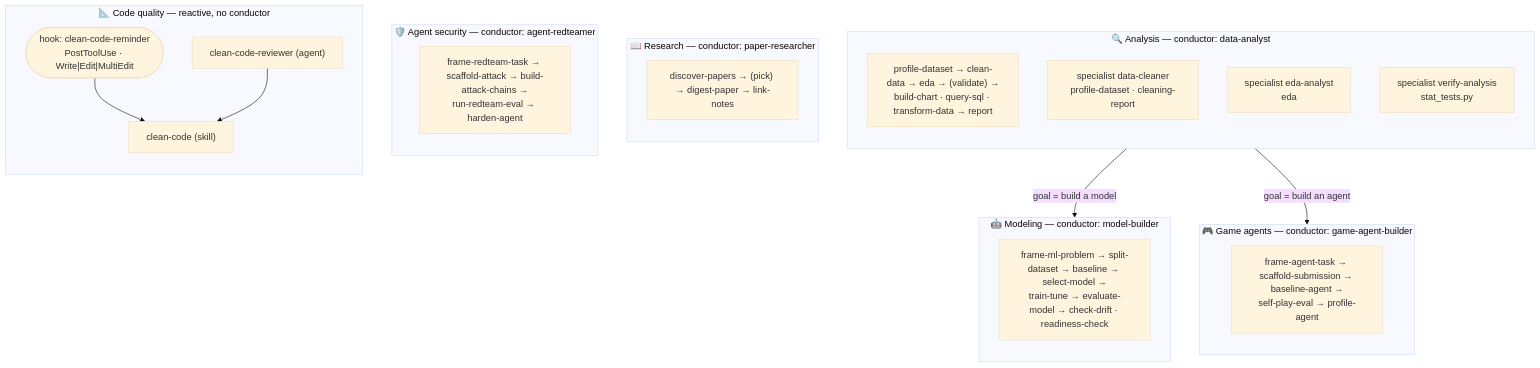
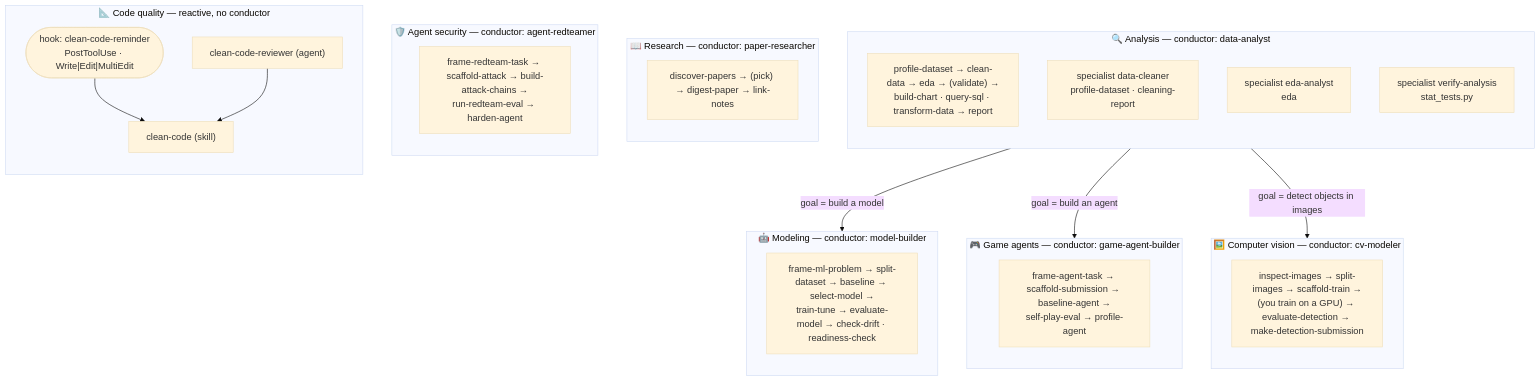
The diagram in README.md (Alice-creator/claude-all-in-one-plugin), drawn with Mermaid (base theme) before and after one commit. The commit also changed other lines of this file and 18 other files, not shown here.

````diff
--- a/README.md
+++ b/README.md
@@ -9,33 +9,38 @@
 ```mermaid
 flowchart TB
     subgraph AN["🔍 Analysis — conductor: data-analyst"]
         direction TB
         ANF["profile-dataset → clean-data → eda → (validate) →<br/>build-chart · query-sql · transform-data → report"]
         DCL["specialist data-cleaner<br/>profile-dataset · cleaning-report"]
         EAN["specialist eda-analyst<br/>eda"]
         VAN["specialist verify-analysis<br/>stat_tests.py"]
     end
     subgraph ML["🤖 Modeling — conductor: model-builder"]
         direction TB
         MLF["frame-ml-problem → split-dataset → baseline → select-model →<br/>train-tune → evaluate-model → check-drift · readiness-check"]
     end
     subgraph RP["📖 Research — conductor: paper-researcher"]
         direction TB
         RPF["discover-papers → (pick) → digest-paper → link-notes"]
     end
     subgraph GA["🎮 Game agents — conductor: game-agent-builder"]
         direction TB
         GAF["frame-agent-task → scaffold-submission → baseline-agent →<br/>self-play-eval → profile-agent"]
     end
     subgraph SEC["🛡️ Agent security — conductor: agent-redteamer"]
         direction TB
         SECF["frame-redteam-task → scaffold-attack → build-attack-chains →<br/>run-redteam-eval → harden-agent"]
     end
+    subgraph CV["🖼️ Computer vision — conductor: cv-modeler"]
+        direction TB
+        CVF["inspect-images → split-images → scaffold-train →<br/>(you train on a GPU) → evaluate-detection → make-detection-submission"]
+    end
     subgraph CQ["📐 Code quality — reactive, no conductor"]
         direction TB
         HK(["hook: clean-code-reminder<br/>PostToolUse · Write|Edit|MultiEdit"]) --> CCS["clean-code (skill)"]
         CCR["clean-code-reviewer (agent)"] --> CCS
     end
     AN -->|"goal = build a model"| ML
     AN -->|"goal = build an agent"| GA
+    AN -->|"goal = detect objects in images"| CV
 ```
````
